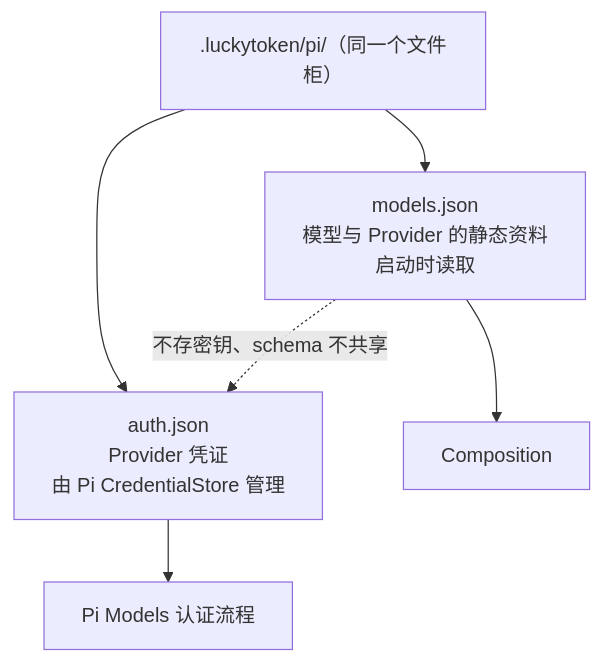
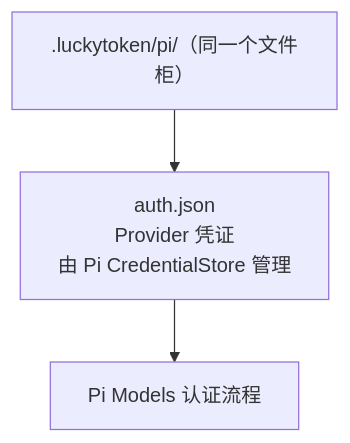
Diagram 13 of 21 in doc/LuckyTokenArchitecture.md (keeplearning2026/LuckyToken), drawn with Mermaid before and after one commit. The commit also changed other lines of this file and 34 other files, not shown here.

````diff
--- a/doc/LuckyTokenArchitecture.md
+++ b/doc/LuckyTokenArchitecture.md
@@ -1416,8 +1447,5 @@
 ```mermaid
 flowchart TB
-    D[".luckytoken/pi/（同一个文件柜）"] --> M["models.json\n模型与 Provider 的静态资料\n启动时读取"]
-    D --> A["auth.json\nProvider 凭证\n由 Pi CredentialStore 管理"]
-    M --> C["Composition"]
+    D[".luckytoken/pi/（同一个文件柜）"] --> A["auth.json\nProvider 凭证\n由 Pi CredentialStore 管理"]
     A --> P["Pi Models 认证流程"]
-    M -. "不存密钥、schema 不共享" .-> A
 ```
````
